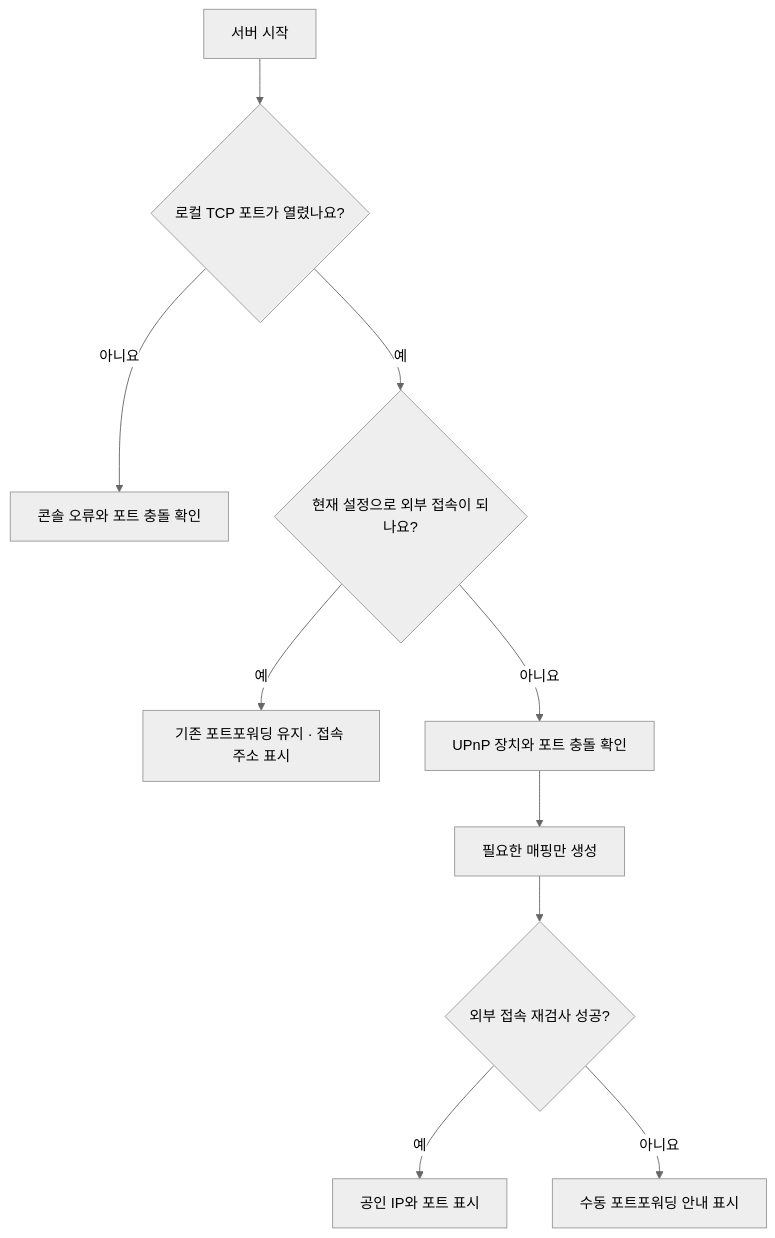
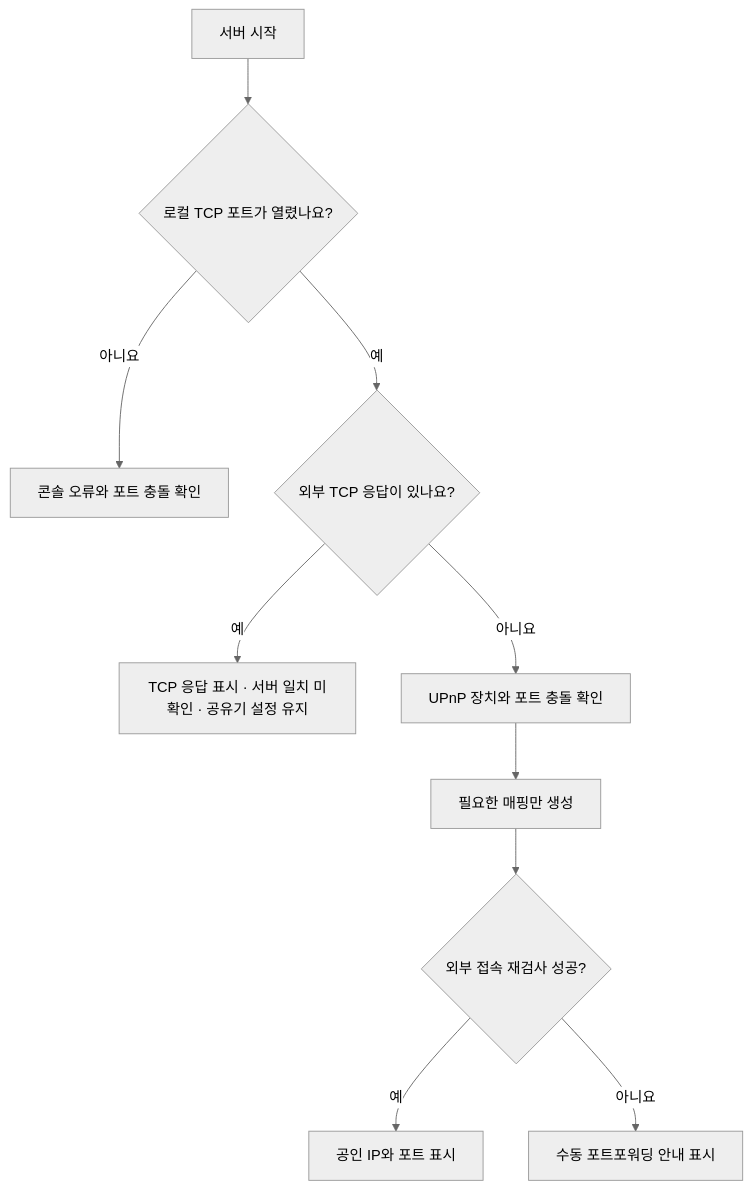
The diagram in README.md (Mangom72/MineHarbor), drawn with Mermaid (neutral theme) before and after one commit. The commit also changed other lines of this file and 23 other files, not shown here.

````diff
--- a/README.md
+++ b/README.md
@@ -152,12 +154,12 @@
 ```mermaid
 flowchart TD
     A[서버 시작] --> B{로컬 TCP 포트가 열렸나요?}
     B -- 아니요 --> C[콘솔 오류와 포트 충돌 확인]
-    B -- 예 --> D{현재 설정으로 외부 접속이 되나요?}
-    D -- 예 --> E[기존 포트포워딩 유지 · 접속 주소 표시]
+    B -- 예 --> D{외부 TCP 응답이 있나요?}
+    D -- 예 --> E[TCP 응답 표시 · 서버 일치 미확인 · 공유기 설정 유지]
     D -- 아니요 --> F[UPnP 장치와 포트 충돌 확인]
     F --> G[필요한 매핑만 생성]
     G --> H{외부 접속 재검사 성공?}
     H -- 예 --> I[공인 IP와 포트 표시]
     H -- 아니요 --> J[수동 포트포워딩 안내 표시]
 ```
````
